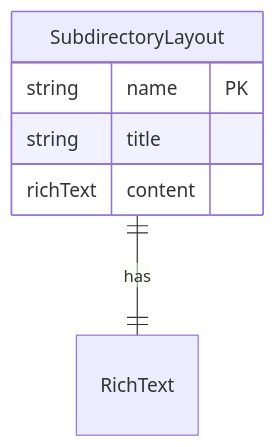
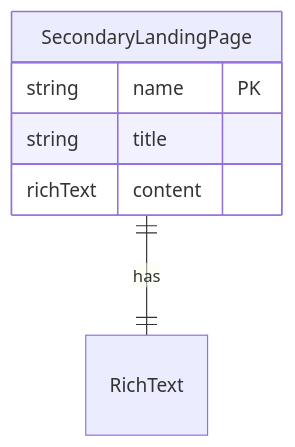
Before and after one commit to brendanpowershifter/erd-docs: the diagram in src/subdirectoryLayout-erd.md, drawn with Mermaid. The commit also changed 21 other files, not shown here.

````diff
--- a/src/subdirectoryLayout-erd.md
+++ b/src/subdirectoryLayout-erd.md
@@ -1,10 +1,10 @@
 ```mermaid
   erDiagram
-    SubdirectoryLayout||--||RichText: has
-    SubdirectoryLayout {
+    SecondaryLandingPage||--||RichText: has
+    SecondaryLandingPage {
       string name PK
       string title
       richText content
     }
     RichText
 ```
````
